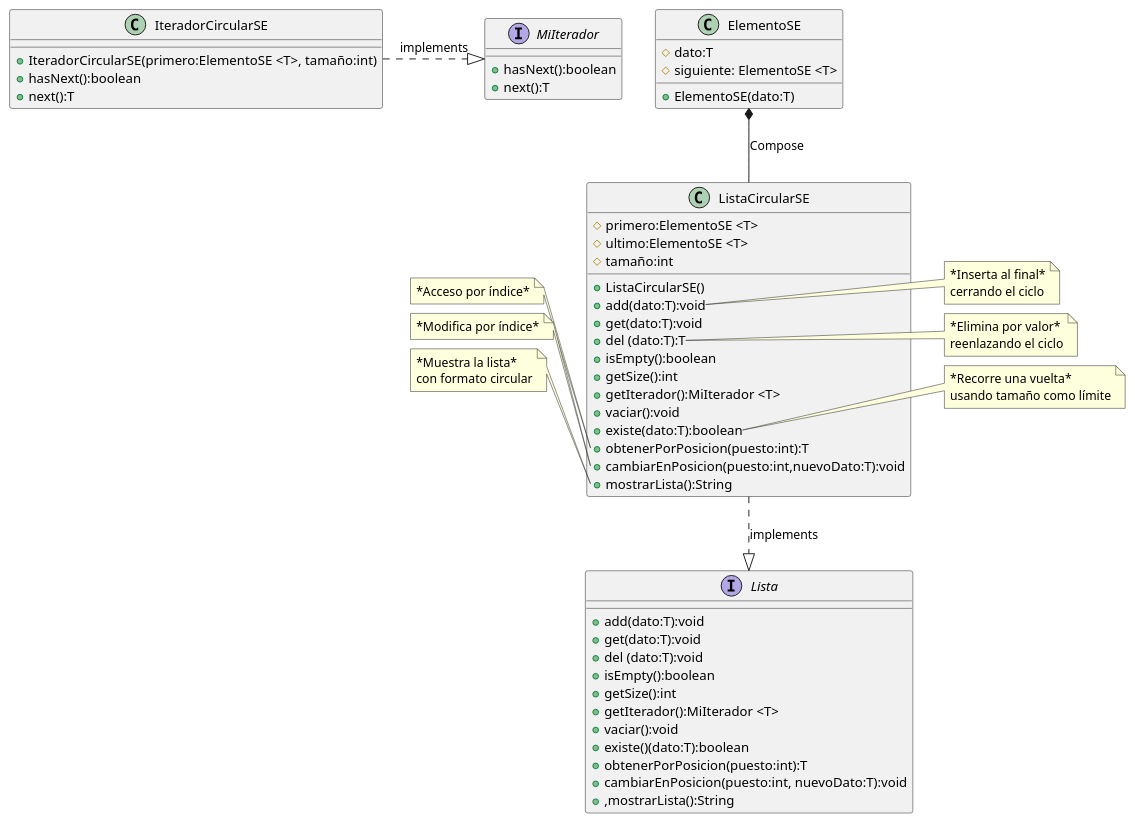
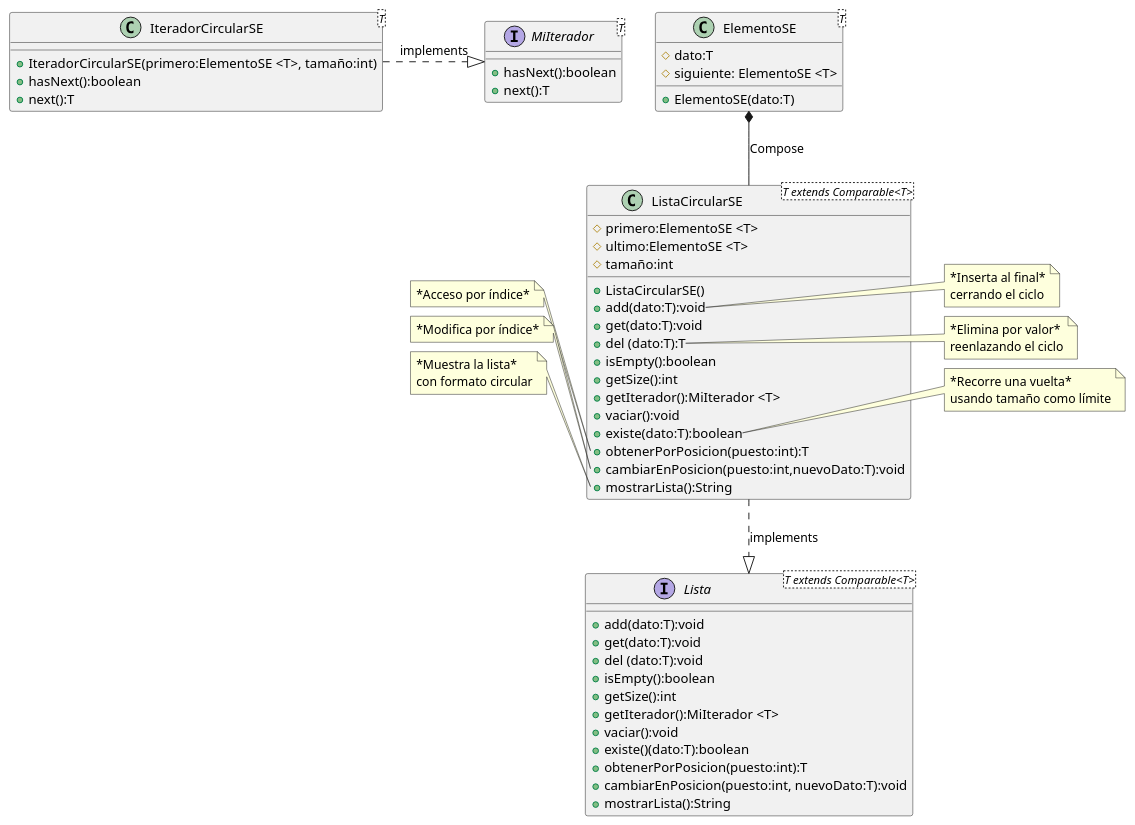
Before and after one commit to hugob-gl07/Estructura-Datos: the diagram in src/ListaCircular/Diagrama Lista Circular LSE.puml, drawn with PlantUML. The commit also changed 3 other files, not shown here.

```diff
--- a/src/ListaCircular/Diagrama Lista Circular LSE.puml
+++ b/src/ListaCircular/Diagrama Lista Circular LSE.puml
@@ -1,77 +1,77 @@
 @startuml
-class IteradorCircularSE {
+class IteradorCircularSE <T> {
     + IteradorCircularSE(primero:ElementoSE <T>, tamaño:int)
     + hasNext():boolean
     + next():T
 }
-interface MiIterador {
+interface MiIterador <T> {
     + hasNext():boolean
     + next():T
 }
-class ListaCircularSE {
+class ListaCircularSE <T extends Comparable<T>> {
     # primero:ElementoSE <T>
     # ultimo:ElementoSE <T>
     # tamaño:int
     + ListaCircularSE()
     + add(dato:T):void
     + get(dato:T):void
     + del (dato:T):T
     + isEmpty():boolean
     + getSize():int
     + getIterador():MiIterador <T>
     + vaciar():void
     + existe(dato:T):boolean
     + obtenerPorPosicion(puesto:int):T
     + cambiarEnPosicion(puesto:int,nuevoDato:T):void
     + mostrarLista():String
 }
-interface Lista {
+interface Lista <T extends Comparable<T>> {
     + add(dato:T):void
     + get(dato:T):void
     + del (dato:T):void
     + isEmpty():boolean
     + getSize():int
     + getIterador():MiIterador <T>
     + vaciar():void
     + existe()(dato:T):boolean
     + obtenerPorPosicion(puesto:int):T
     + cambiarEnPosicion(puesto:int, nuevoDato:T):void
-    + ,mostrarLista():String
+    + mostrarLista():String
     }
-class ElementoSE {
+class ElementoSE <T> {
     # dato:T
     # siguiente: ElementoSE <T>
     + ElementoSE(dato:T)
 }
 IteradorCircularSE .right.|> MiIterador:  implements
 ListaCircularSE ..|> Lista : implements
 ElementoSE *-- ListaCircularSE: Compose
 
 note right of ListaCircularSE::add
     *Inserta al final*
     cerrando el ciclo
 end note
 
 note right of ListaCircularSE::del
     *Elimina por valor*
     reenlazando el ciclo
 end note
 
 note right of ListaCircularSE::existe
     *Recorre una vuelta*
     usando tamaño como límite
 end note
 
 note left of ListaCircularSE::obtenerPorPosicion
     *Acceso por índice*
 end note
 
 note left of ListaCircularSE::cambiarEnPosicion
     *Modifica por índice*
 end note
 
 note left of ListaCircularSE::mostrarLista
     *Muestra la lista*
     con formato circular
 end note
 @enduml
```
